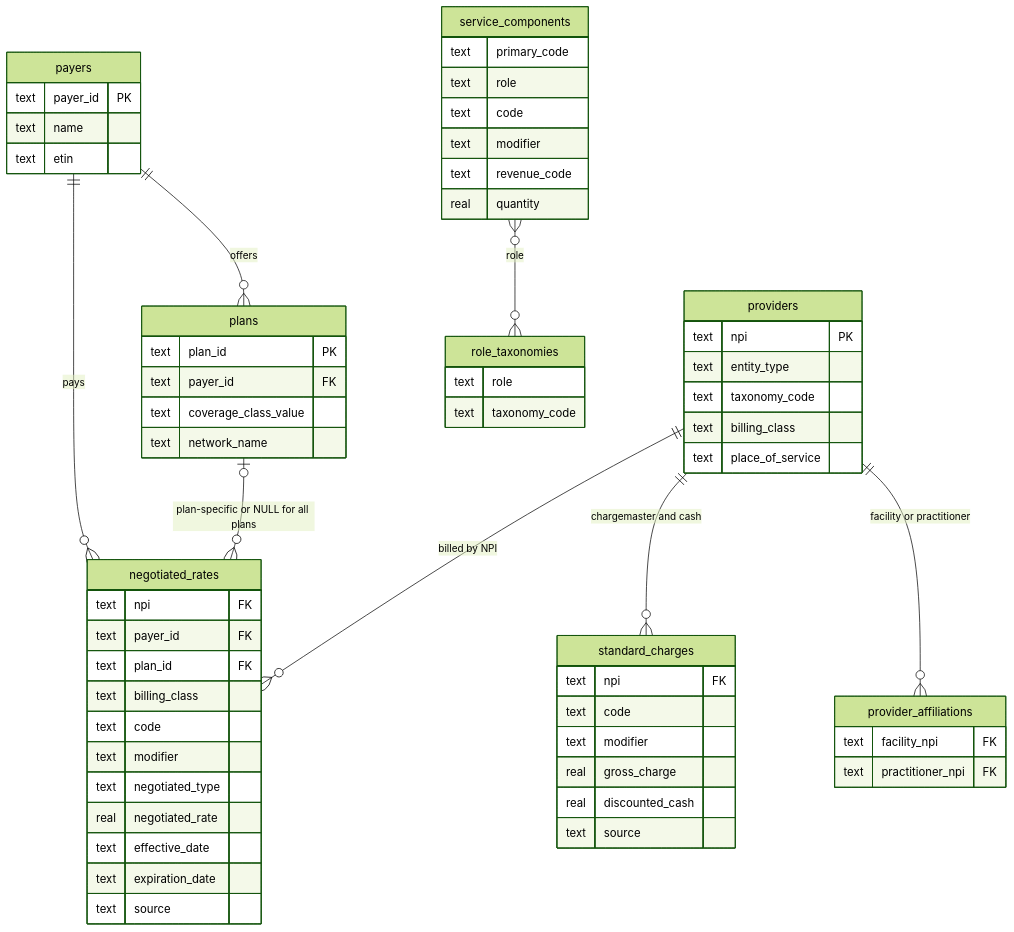
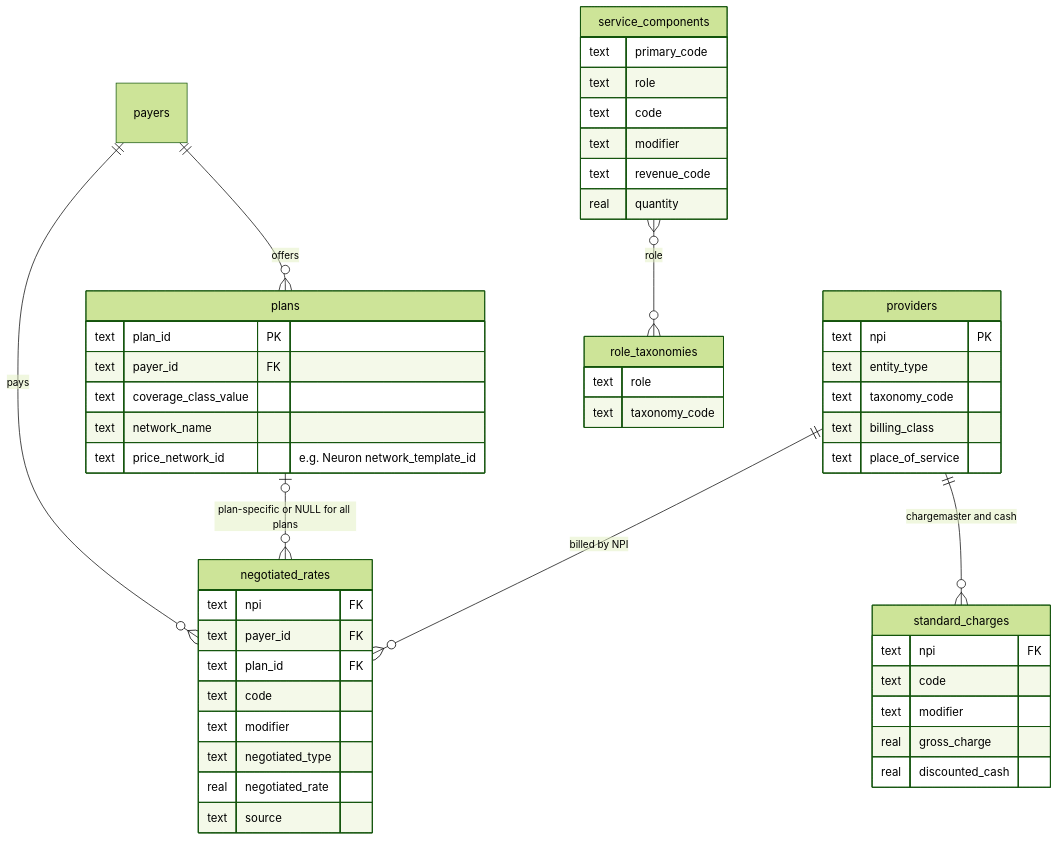
Before and after one commit to serif-health/gfe_demo: the fifth of 5 diagrams in README.md, drawn with Mermaid (forest theme). The commit also changed other lines of this file and 30 other files, not shown here.

````diff
--- a/README.md
+++ b/README.md
@@ -242,65 +200,52 @@
 ```mermaid
 erDiagram
     payers ||--o{ plans : offers
     payers ||--o{ negotiated_rates : pays
     plans |o--o{ negotiated_rates : "plan-specific or NULL for all plans"
     providers ||--o{ negotiated_rates : "billed by NPI"
     providers ||--o{ standard_charges : "chargemaster and cash"
-    providers ||--o{ provider_affiliations : "facility or practitioner"
     service_components }o--o{ role_taxonomies : "role"
-    payers {
-        text payer_id PK
-        text name
-        text etin
-    }
     plans {
         text plan_id PK
         text payer_id FK
         text coverage_class_value
         text network_name
+        text price_network_id "e.g. Neuron network_template_id"
     }
     providers {
         text npi PK
         text entity_type
         text taxonomy_code
         text billing_class
         text place_of_service
     }
     negotiated_rates {
         text npi FK
         text payer_id FK
         text plan_id FK
-        text billing_class
         text code
         text modifier
         text negotiated_type
         real negotiated_rate
-        text effective_date
-        text expiration_date
         text source
     }
     standard_charges {
         text npi FK
         text code
         text modifier
         real gross_charge
         real discounted_cash
-        text source
     }
     service_components {
         text primary_code
         text role
         text code
         text modifier
         text revenue_code
         real quantity
     }
-    provider_affiliations {
-        text facility_npi FK
-        text practitioner_npi FK
-    }
     role_taxonomies {
         text role
         text taxonomy_code
     }
 ```
````
